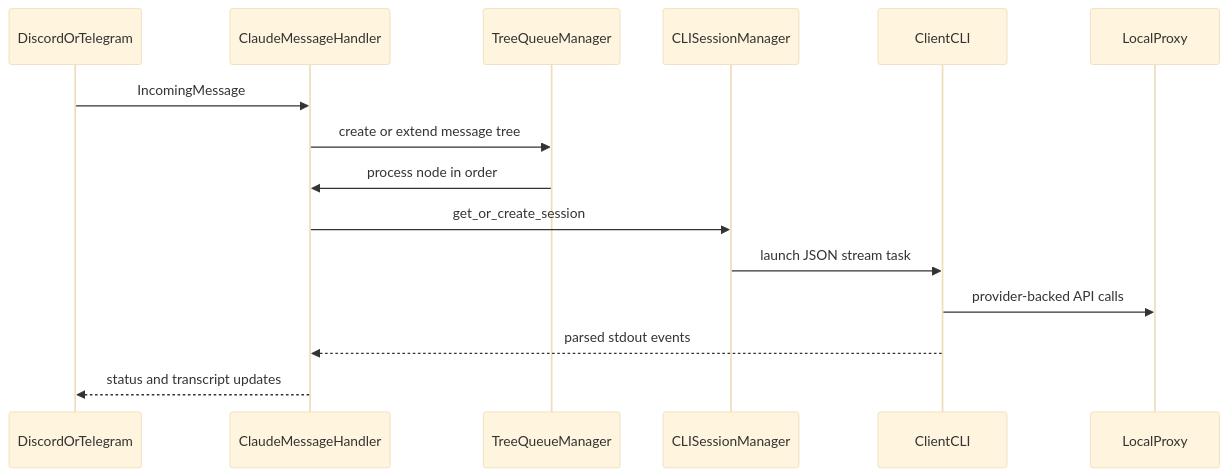
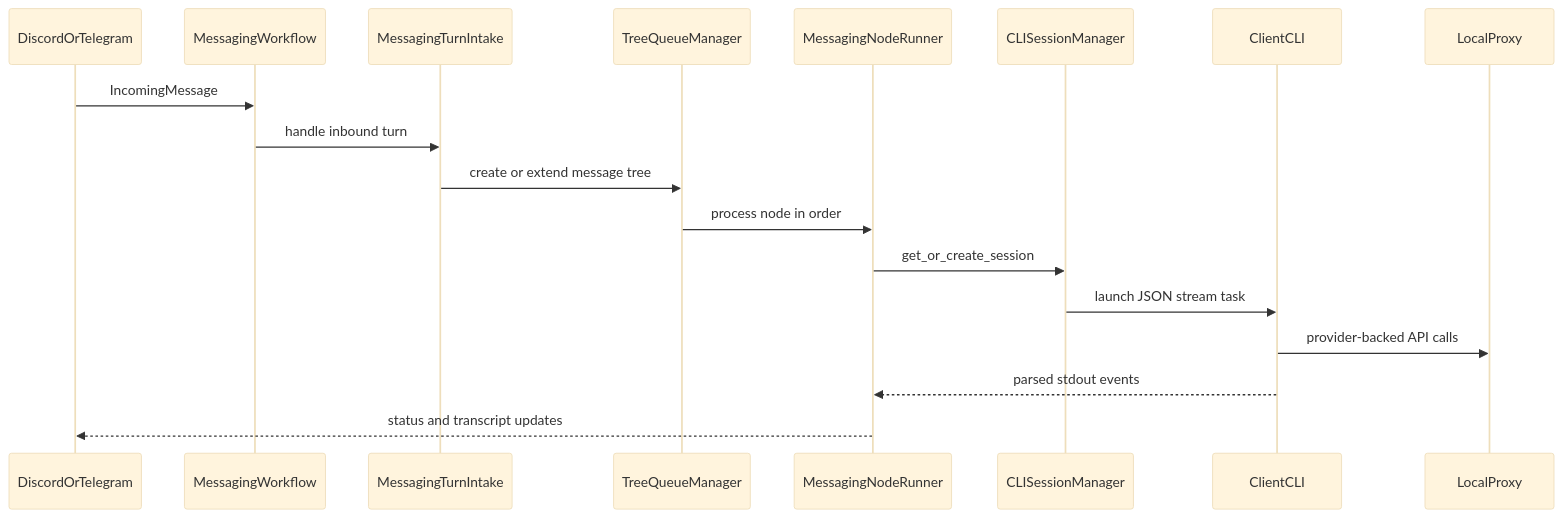
The third of 3 diagrams in ARCHITECTURE.md (shinmentakezo07/shin07), drawn with Mermaid (base theme) before and after one commit. The commit also changed other lines of this file and 36 other files, not shown here.

Commit message:
Refactor messaging workflow architecture (#852)

````diff
--- a/ARCHITECTURE.md
+++ b/ARCHITECTURE.md
@@ -506,18 +521,21 @@
 ```mermaid
 sequenceDiagram
     participant Platform as DiscordOrTelegram
-    participant Handler as ClaudeMessageHandler
+    participant Workflow as MessagingWorkflow
+    participant Intake as MessagingTurnIntake
     participant Queue as TreeQueueManager
+    participant Runner as MessagingNodeRunner
     participant Manager as CLISessionManager
     participant CLI as ClientCLI
     participant Proxy as LocalProxy
 
-    Platform->>Handler: IncomingMessage
-    Handler->>Queue: create or extend message tree
-    Queue->>Handler: process node in order
-    Handler->>Manager: get_or_create_session
+    Platform->>Workflow: IncomingMessage
+    Workflow->>Intake: handle inbound turn
+    Intake->>Queue: create or extend message tree
+    Queue->>Runner: process node in order
+    Runner->>Manager: get_or_create_session
     Manager->>CLI: launch JSON stream task
     CLI->>Proxy: provider-backed API calls
-    CLI-->>Handler: parsed stdout events
-    Handler-->>Platform: status and transcript updates
+    CLI-->>Runner: parsed stdout events
+    Runner-->>Platform: status and transcript updates
 ```
````
